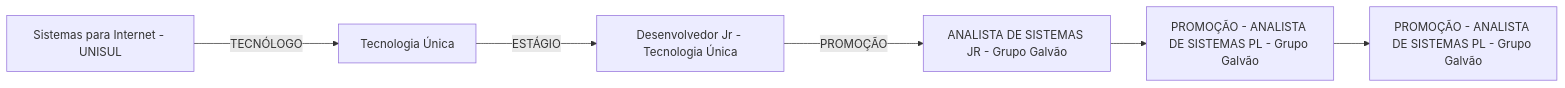
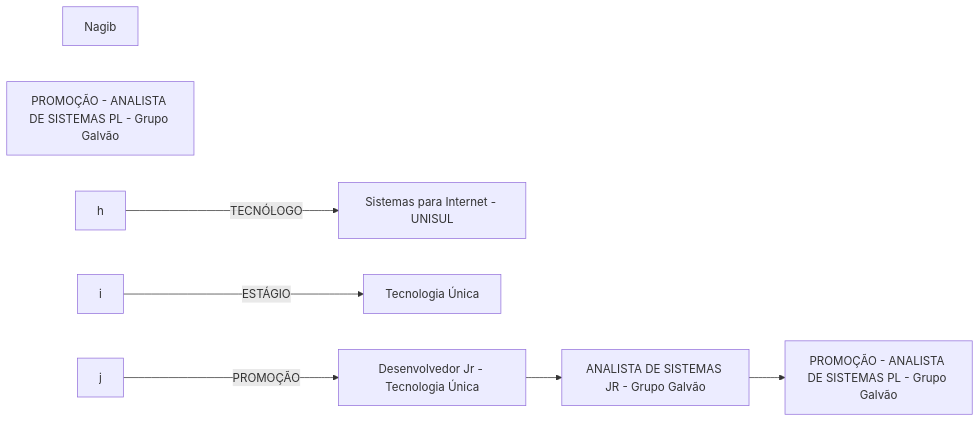
Before and after one commit to rafsp/Graduacao_FIAP: the diagram in Advanced-Business-Development-with-.NET/1º-Semestre/Aula-01-%2D-Introdução-e-Apresentação/Apresentação-do-Professor.md, drawn with Mermaid.

Commit message:
Updated Apresentação do Professor

```diff
--- a/Advanced-Business-Development-with-.NET/1º-Semestre/Aula-01-%2D-Introdução-e-Apresentação/Apresentação-do-Professor.md
+++ b/Advanced-Business-Development-with-.NET/1º-Semestre/Aula-01-%2D-Introdução-e-Apresentação/Apresentação-do-Professor.md
@@ -1,14 +1,15 @@
 ::: mermaid
 flowchart LR;
-a[Sistemas para Internet - UNISUL];
-b[Tecnologia Única];
-c[Desenvolvedor Jr - Tecnologia Única];
-d[ANALISTA DE SISTEMAS JR - Grupo Galvão];
-e[PROMOÇÃO - ANALISTA DE SISTEMAS PL - Grupo Galvão];
+a[Nagib];
+b[Sistemas para Internet - UNISUL];
+c[Tecnologia Única];
+d[Desenvolvedor Jr - Tecnologia Única];
+e[ANALISTA DE SISTEMAS JR - Grupo Galvão];
 f[PROMOÇÃO - ANALISTA DE SISTEMAS PL - Grupo Galvão];
-a--TECNÓLOGO--->b;
-b--ESTÁGIO--->c;
-c--PROMOÇÃO--->d;
+g[PROMOÇÃO - ANALISTA DE SISTEMAS PL - Grupo Galvão];
+h--TECNÓLOGO--->b;
+i--ESTÁGIO--->c;
+j--PROMOÇÃO--->d;
 d-->e;
 e-->f;
 :::
```
